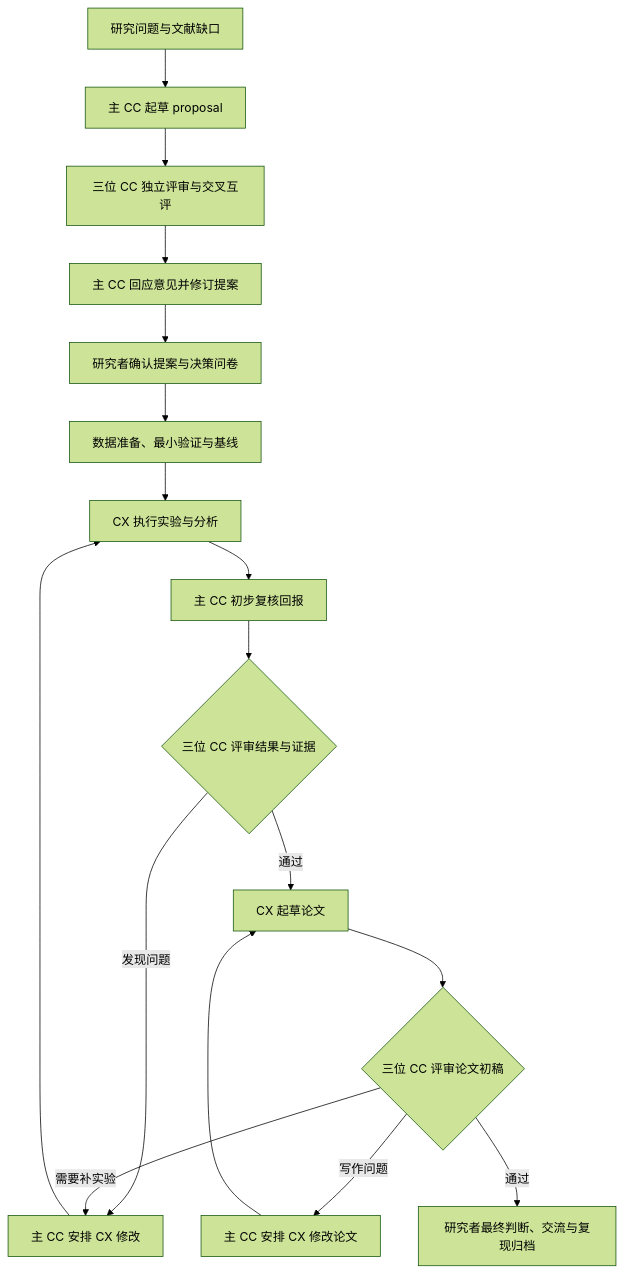
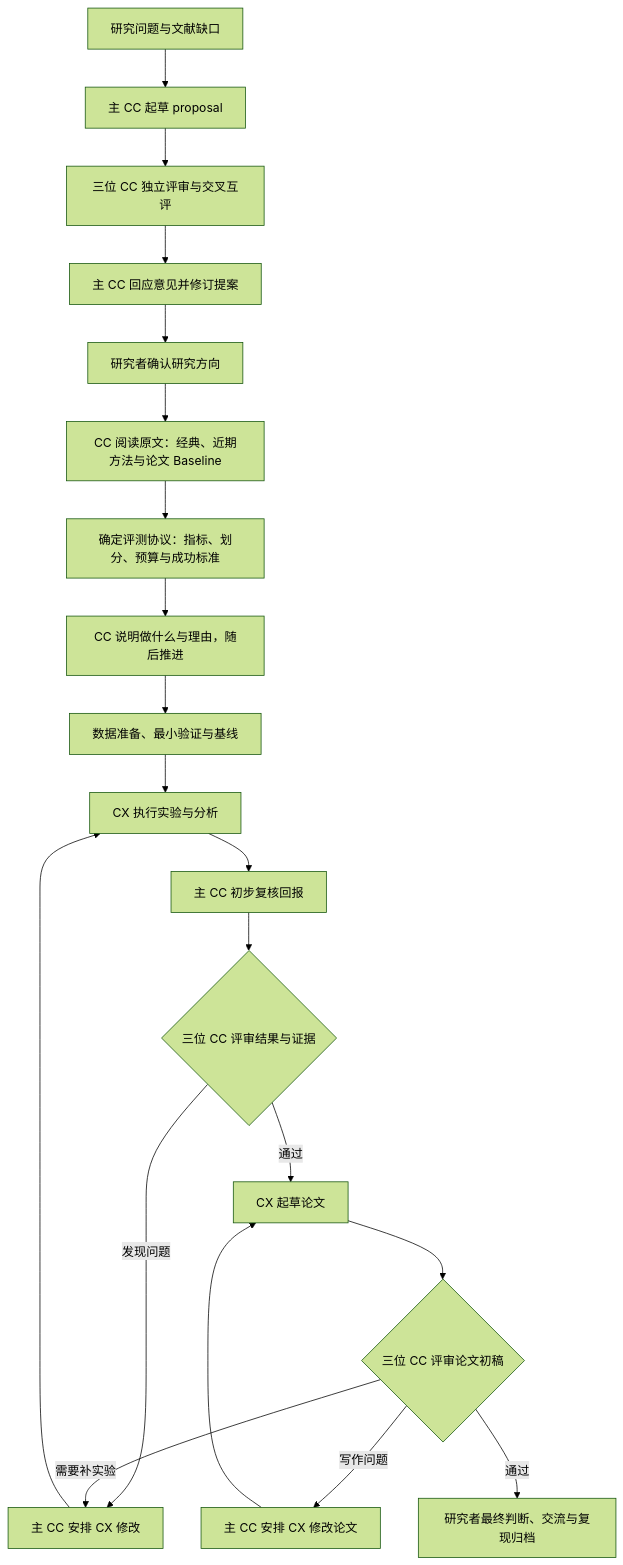
Before and after one commit to Hbw1201/research-niuma: the diagram in README.md, drawn with Mermaid (forest theme). The commit also changed other lines of this file and 48 other files, not shown here.

````diff
--- a/README.md
+++ b/README.md
@@ -61,19 +63,22 @@
 ```mermaid
 flowchart TD
   Q[研究问题与文献缺口] --> D[主 CC 起草 proposal]
   D --> C[三位 CC 独立评审与交叉互评]
   C --> R[主 CC 回应意见并修订提案]
-  R --> H[研究者确认提案与决策问卷]
-  H --> P[数据准备、最小验证与基线]
+  R --> H[研究者确认研究方向]
+  H --> L[CC 阅读原文：经典、近期方法与论文 Baseline]
+  L --> B[确定评测协议：指标、划分、预算与成功标准]
+  B --> N[CC 说明做什么与理由，随后推进]
+  N --> P[数据准备、最小验证与基线]
   P --> X[CX 执行实验与分析]
   X --> F[主 CC 初步复核回报]
   F --> E{三位 CC 评审结果与证据}
   E -->|发现问题| A[主 CC 安排 CX 修改]
   A --> X
   E -->|通过| W[CX 起草论文]
   W --> M{三位 CC 评审论文初稿}
   M -->|写作问题| V[主 CC 安排 CX 修改论文]
   V --> W
   M -->|需要补实验| A
   M -->|通过| U[研究者最终判断、交流与复现归档]
 ```
````
